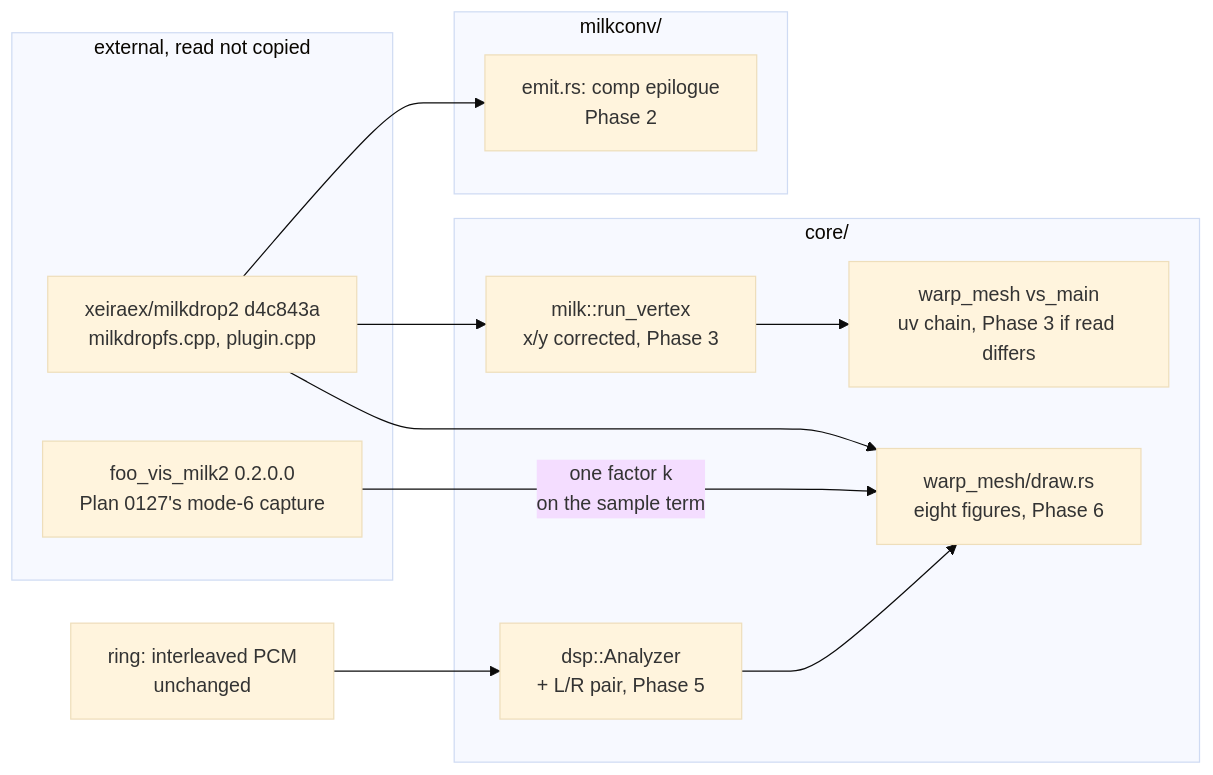
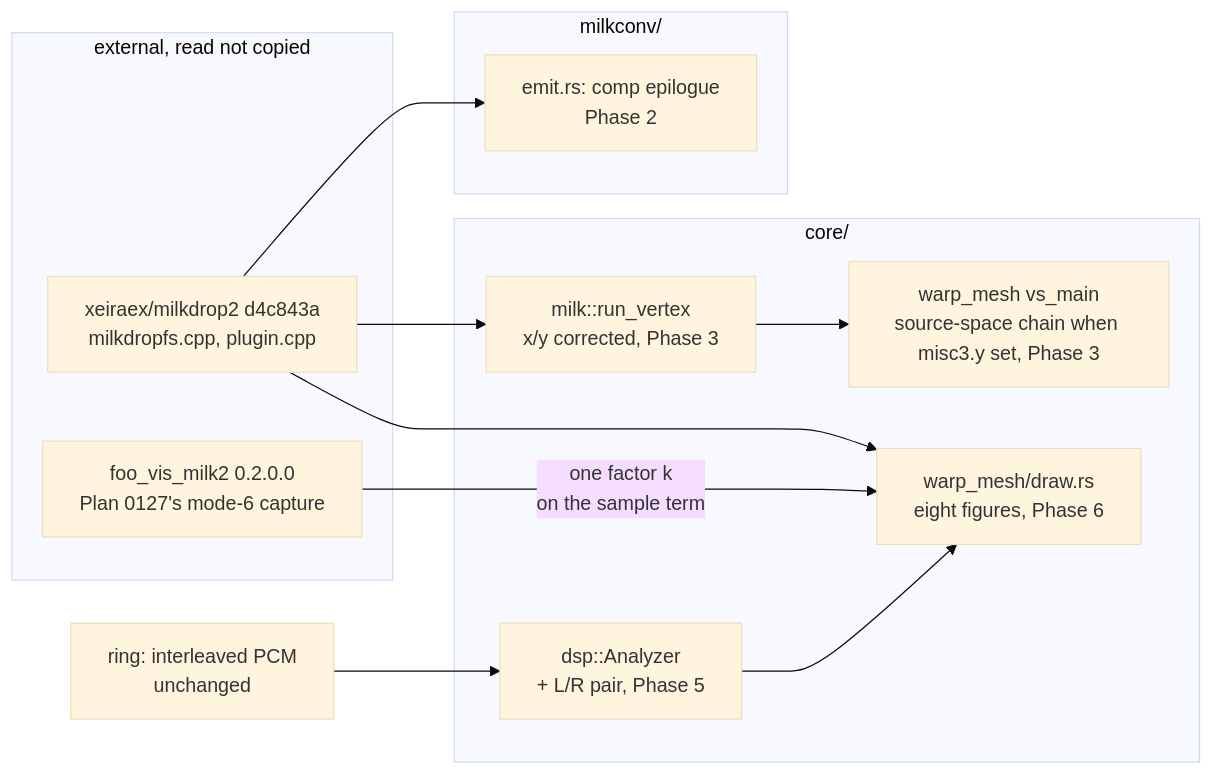
The diagram in docs/plans/0180-the-converted-picture-follows-the-source.md (IgorKonovalov/Ritmolux), drawn with Mermaid (base theme) before and after one commit. The commit also changed other lines of this file, not shown here.

First line of the commit message:
docs(plans): 0180 amended - the source-space warp chain is for converted presets only

````diff
--- a/docs/plans/0180-the-converted-picture-follows-the-source.md
+++ b/docs/plans/0180-the-converted-picture-follows-the-source.md
@@ -118,19 +147,19 @@
 ```mermaid
 flowchart LR
     subgraph ext["external, read not copied"]
         SRC["xeiraex/milkdrop2 d4c843a<br/>milkdropfs.cpp, plugin.cpp"]
         HOST["foo_vis_milk2 0.2.0.0<br/>Plan 0127's mode-6 capture"]
     end
     subgraph conv["milkconv/"]
         EMIT["emit.rs: comp epilogue<br/>Phase 2"]
     end
     subgraph core["core/"]
         AN["dsp::Analyzer<br/>+ L/R pair, Phase 5"] --> DRAW["warp_mesh/draw.rs<br/>eight figures, Phase 6"]
-        RV["milk::run_vertex<br/>x/y corrected, Phase 3"] --> VS["warp_mesh vs_main<br/>uv chain, Phase 3 if read differs"]
+        RV["milk::run_vertex<br/>x/y corrected, Phase 3"] --> VS["warp_mesh vs_main<br/>source-space chain when misc3.y set, Phase 3"]
     end
     SRC --> EMIT
     SRC --> RV
     SRC --> DRAW
     HOST -->|"one factor k<br/>on the sample term"| DRAW
     RING["ring: interleaved PCM<br/>unchanged"] --> AN
 ```
````
